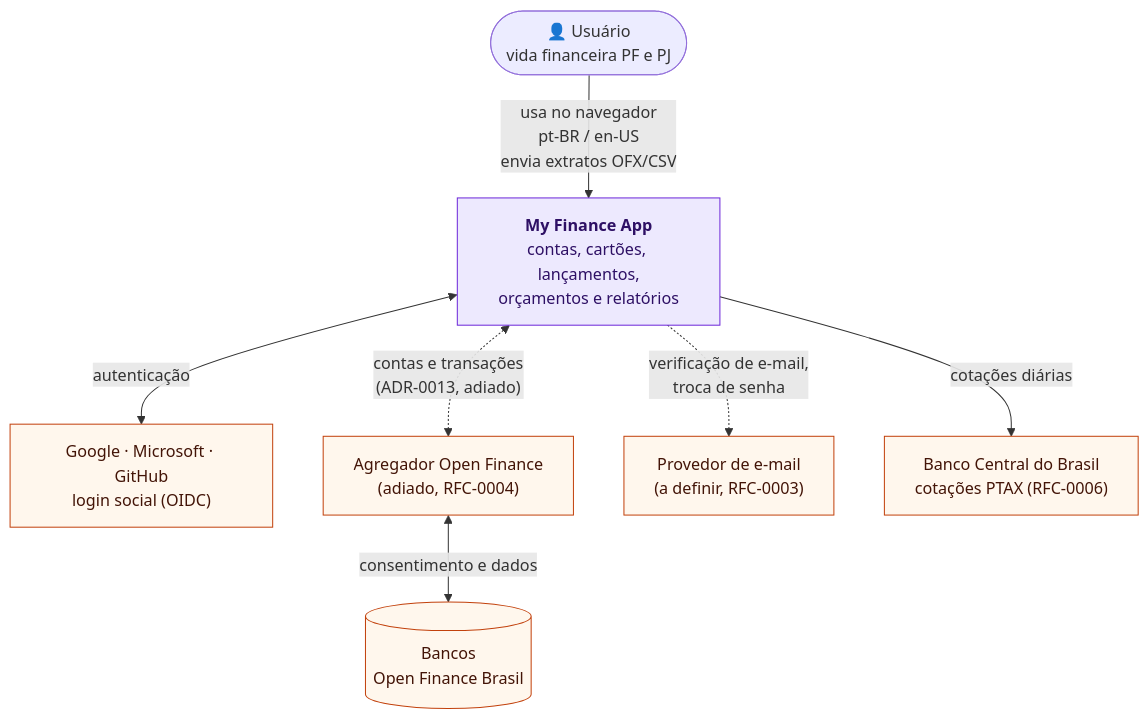
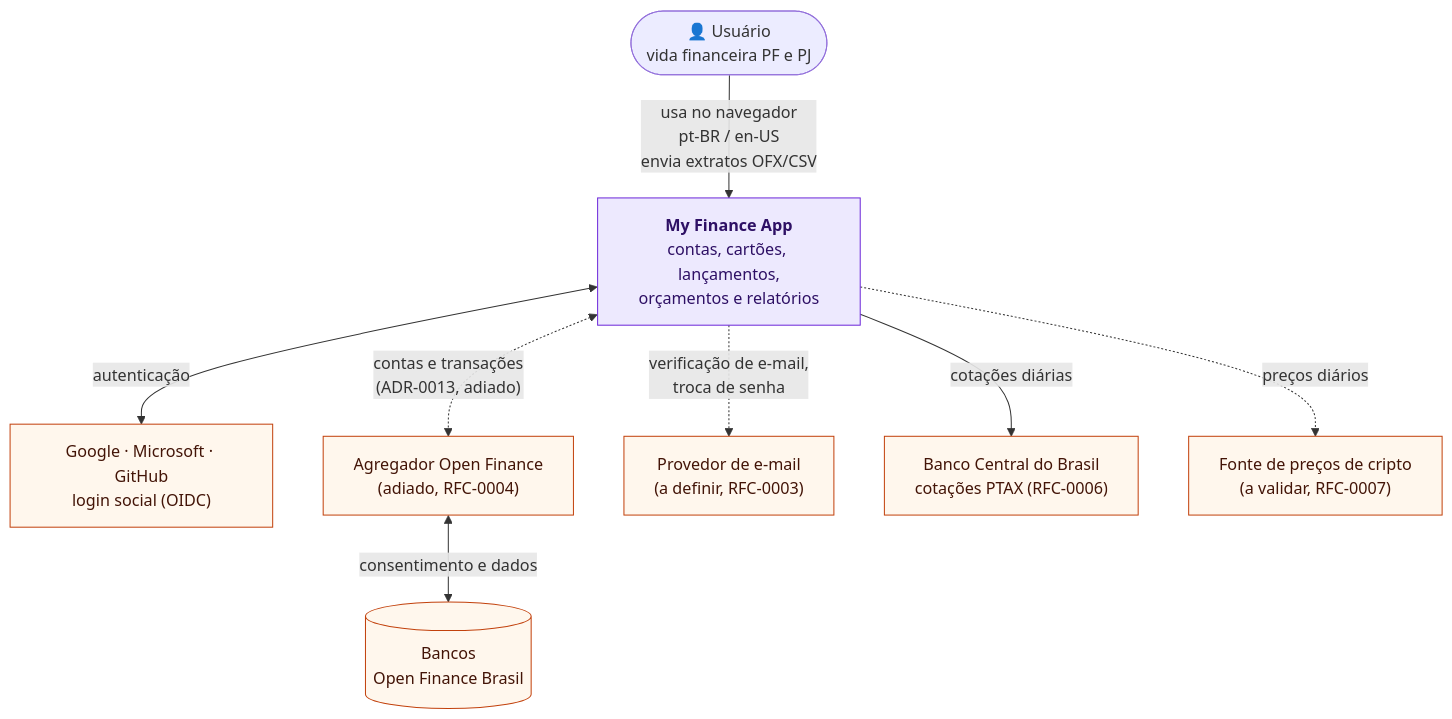
One commit to wyhitomi/my-finance-app changed the first of 6 diagrams in docs/architecture/diagrams.md. Above: the diagram before and after it, drawn with Mermaid. The commit also changed other lines of this file and 20 other files, not shown here.

First line of the commit message:
ci: release-please (ADR-0017) + docs: PTAX, cripto (RFC-0007) e guias de uso (#35)

````diff
--- a/docs/architecture/diagrams.md
+++ b/docs/architecture/diagrams.md
@@ -14,23 +14,25 @@
 ```mermaid
 flowchart TB
     user(["👤 Usuário<br/>vida financeira PF e PJ"])
     app["<b>My Finance App</b><br/>contas, cartões, lançamentos,<br/>orçamentos e relatórios"]
 
     idp["Google · Microsoft · GitHub<br/>login social (OIDC)"]
     agg["Agregador Open Finance<br/>(adiado, RFC-0004)"]
     banks[("Bancos<br/>Open Finance Brasil")]
     mail["Provedor de e-mail<br/>(a definir, RFC-0003)"]
     bcb["Banco Central do Brasil<br/>cotações PTAX (RFC-0006)"]
+    crypto["Fonte de preços de cripto<br/>(a validar, RFC-0007)"]
 
     user -->|"usa no navegador<br/>pt-BR / en-US<br/>envia extratos OFX/CSV"| app
     app <-->|autenticação| idp
     app <-.->|"contas e transações<br/>(ADR-0013, adiado)"| agg
     agg <-->|consentimento e dados| banks
     app -.->|"verificação de e-mail,<br/>troca de senha"| mail
     app -->|cotações diárias| bcb
+    app -.->|preços diários| crypto
 
     classDef system fill:#ede9fe,stroke:#6d28d9,color:#2e1065
     classDef external fill:#fff7ed,stroke:#c2410c,color:#431407
     class app system
-    class idp,agg,banks,mail,bcb external
+    class idp,agg,banks,mail,bcb,crypto external
 ```
````
